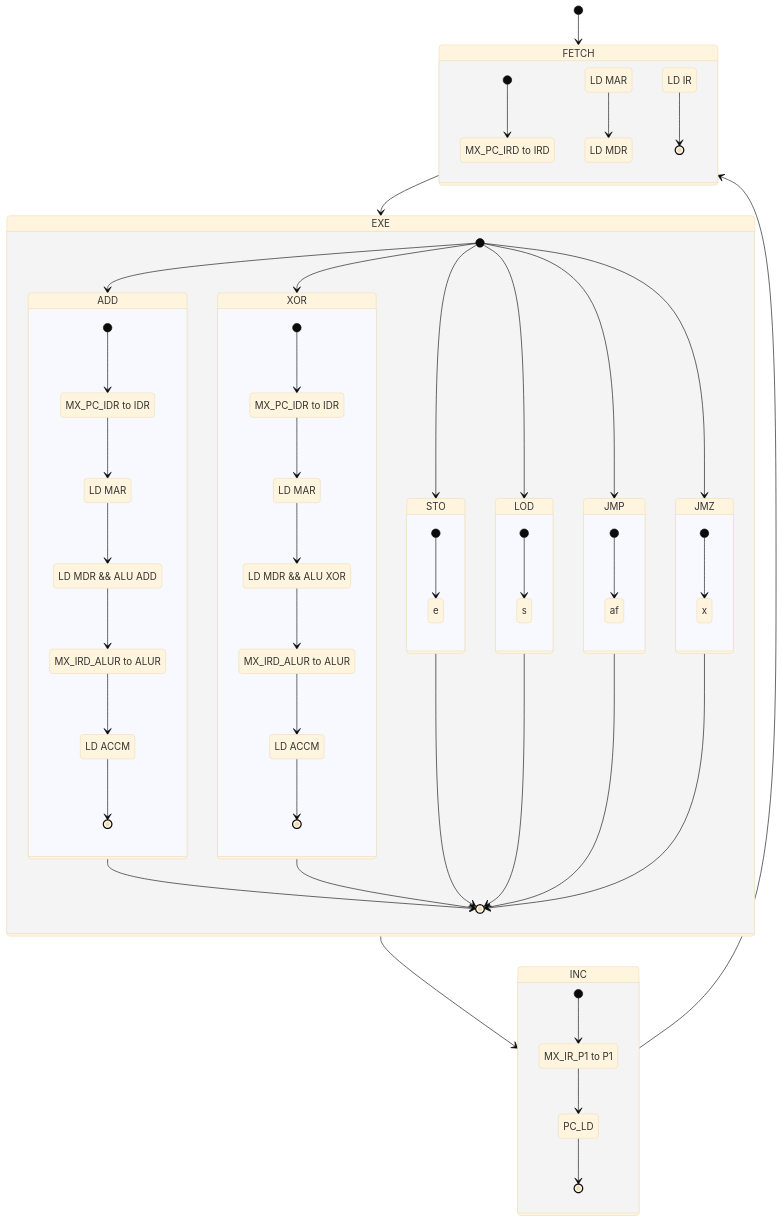
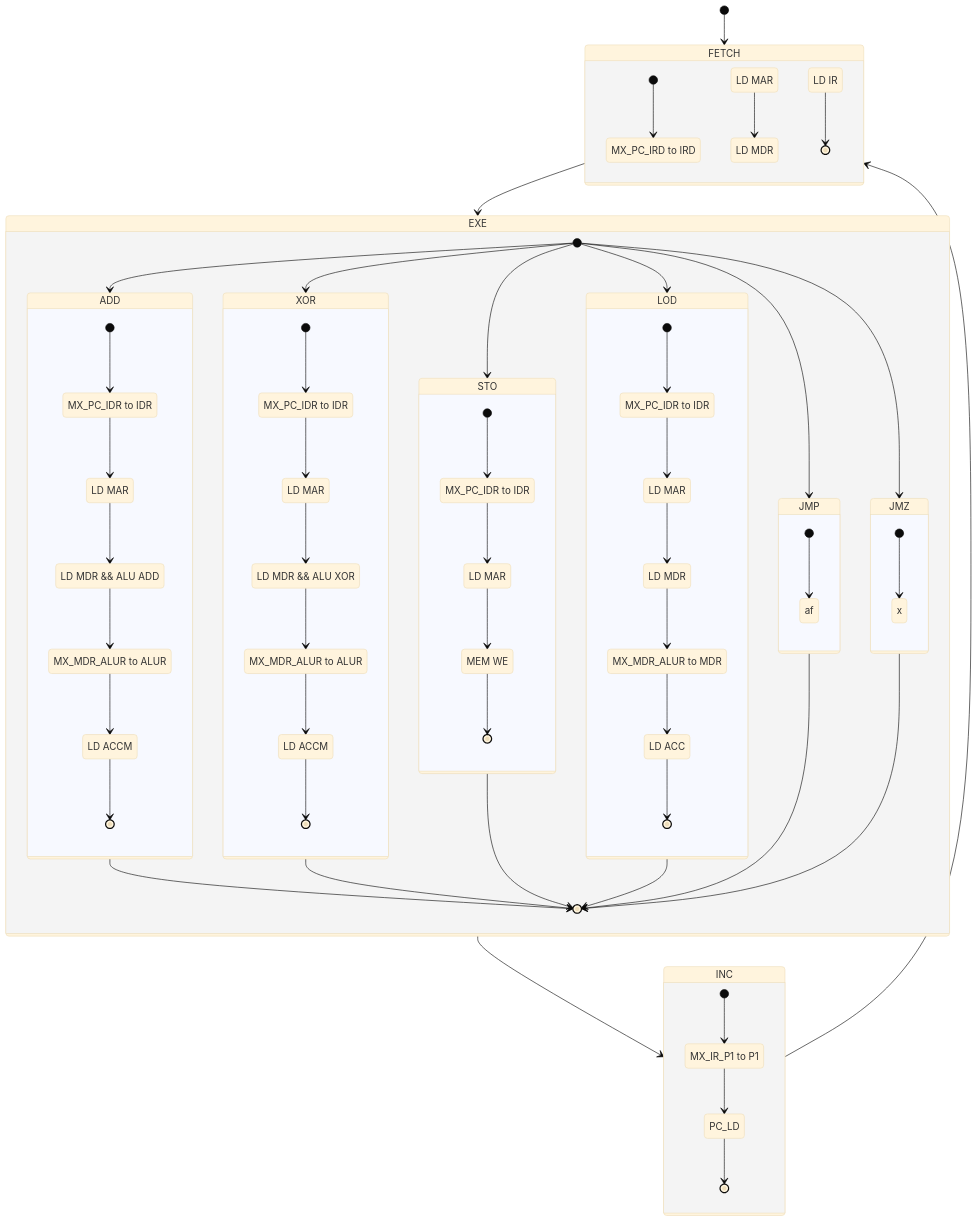
The diagram in readme.md (hexmaster111/LittleCpuVhdl), drawn with Mermaid (base theme) before and after one commit.

Commit message:
LD AND ST

```diff
--- a/readme.md
+++ b/readme.md
@@ -56,7 +56,7 @@
         A0 : MX_PC_IDR to IDR
         A1 : LD MAR
         A2 : LD MDR && ALU ADD
-        A3 : MX_IRD_ALUR to ALUR
+        A3 : MX_MDR_ALUR to ALUR
         A4 : LD ACCM
         [*] --> A0
         A0 --> A1
@@ -70,7 +70,7 @@
         X0 : MX_PC_IDR to IDR
         X1 : LD MAR
         X2 : LD MDR && ALU XOR
-        X3 : MX_IRD_ALUR to ALUR
+        X3 : MX_MDR_ALUR to ALUR
         X4 : LD ACCM
         [*] --> X0
         X0 --> X1
@@ -81,11 +81,29 @@
     }
 
     state STO {
-        [*] --> e
+        STO0 : MX_PC_IDR to IDR
+        STO1 : LD MAR
+        STO2 : MEM WE
+
+        [*] --> STO0
+        STO0 --> STO1
+        STO1 --> STO2
+        STO2 --> [*]
     }
 
     state LOD {
-        [*] --> s
+        LOD0 : MX_PC_IDR to IDR
+        LOD1 : LD MAR
+        LOD2 : LD MDR
+        LOD3 : MX_MDR_ALUR to MDR
+        LOD4 : LD ACC
+        
+        [*] --> LOD0
+        LOD0 --> LOD1
+        LOD1 --> LOD2
+        LOD2 --> LOD3
+        LOD3 --> LOD4
+        LOD4 --> [*]
     }
 
     state JMP {
```
